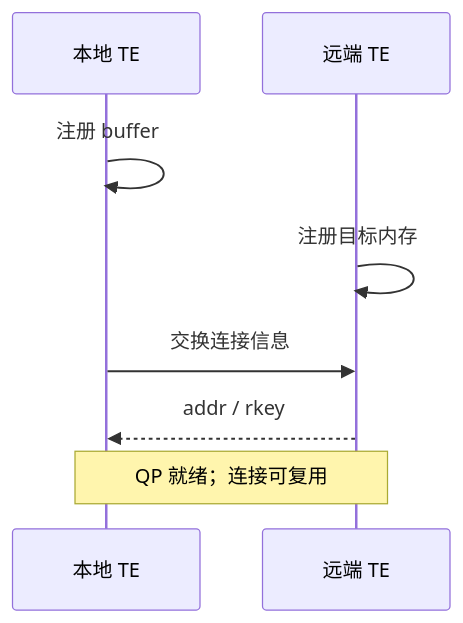
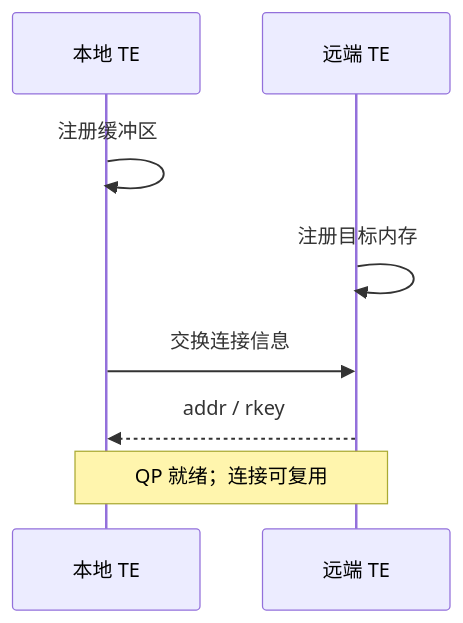
Before and after one commit to Hansyangxingxiang/Mooncake: the first of 2 diagrams in mooncake-kv-cache-series/wechat/07-rdma-data-path.md, drawn with Mermaid. The commit also changed other lines of this file and 23 other files, not shown here.

````diff
--- a/mooncake-kv-cache-series/wechat/07-rdma-data-path.md
+++ b/mooncake-kv-cache-series/wechat/07-rdma-data-path.md
@@ -25,10 +25,10 @@
 ```mermaid
 sequenceDiagram
     participant L as 本地 TE
     participant R as 远端 TE
-    L->>L: 注册 buffer
+    L->>L: 注册缓冲区
     R->>R: 注册目标内存
     L->>R: 交换连接信息
     R-->>L: addr / rkey
     Note over L,R: QP 就绪；连接可复用
 ```
````
